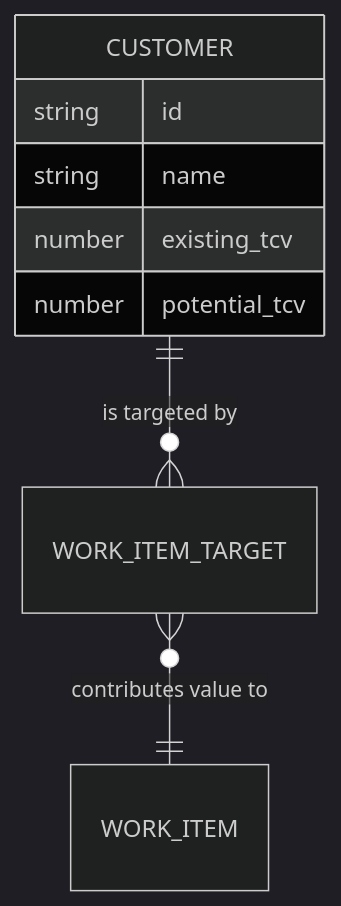
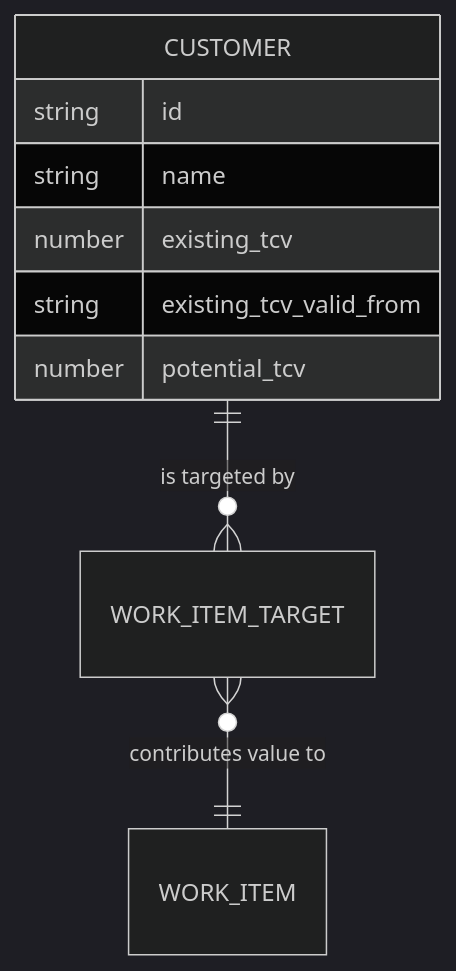
The diagram in doc/CUSTOMERS.md (AlesKracik/ValueStream-DependencyTree), drawn with Mermaid (dark theme) before and after one commit. The commit also changed other lines of this file and 3 other files, not shown here.

Commit message:
Update schema and documentation for TCV history and Detail Page tabs

````diff
--- a/doc/CUSTOMERS.md
+++ b/doc/CUSTOMERS.md
@@ -38,11 +45,12 @@
 ```mermaid
 erDiagram
     CUSTOMER ||--o{ WORK_ITEM_TARGET : "is targeted by"
     WORK_ITEM_TARGET }o--|| WORK_ITEM : "contributes value to"
     CUSTOMER {
         string id
         string name
         number existing_tcv
+        string existing_tcv_valid_from
         number potential_tcv
     }
 ```
````
